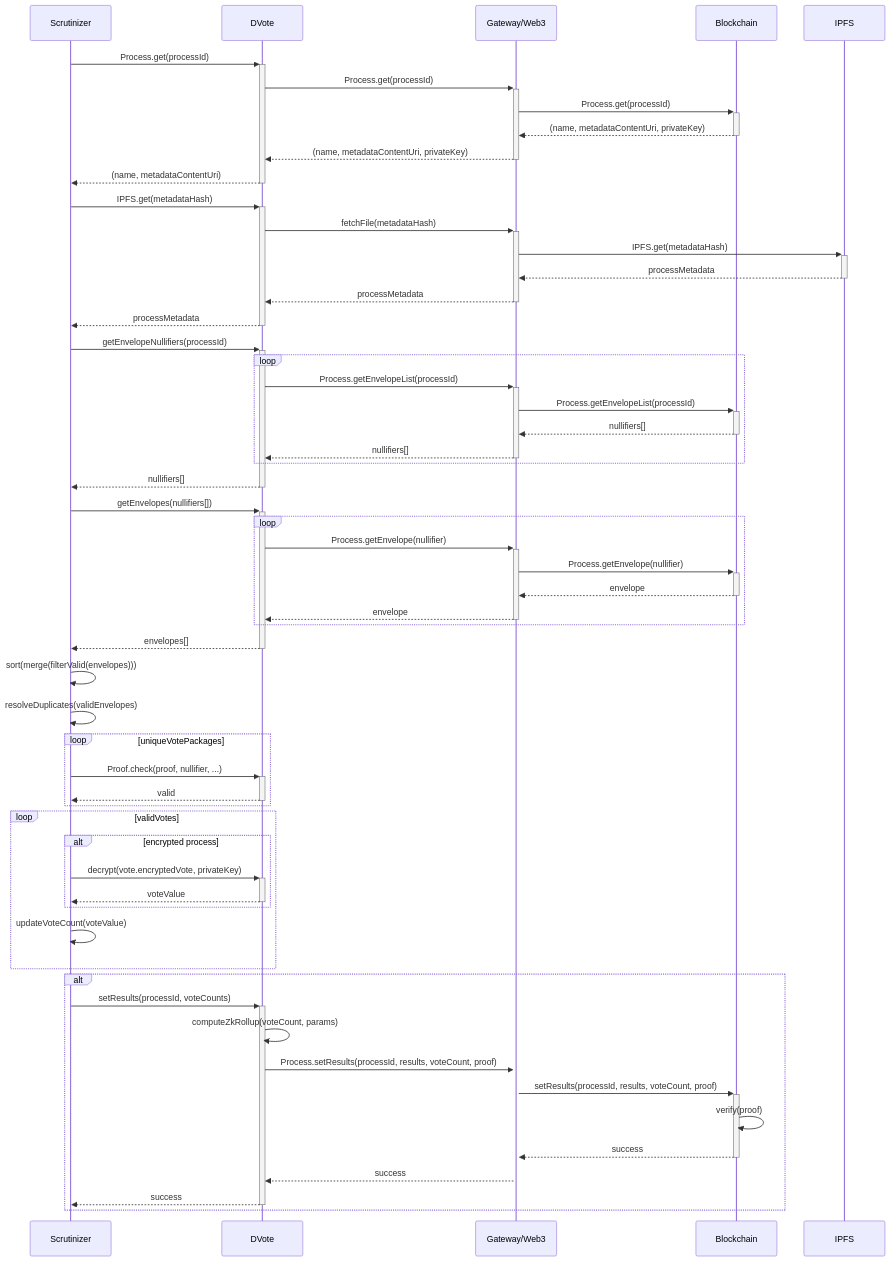
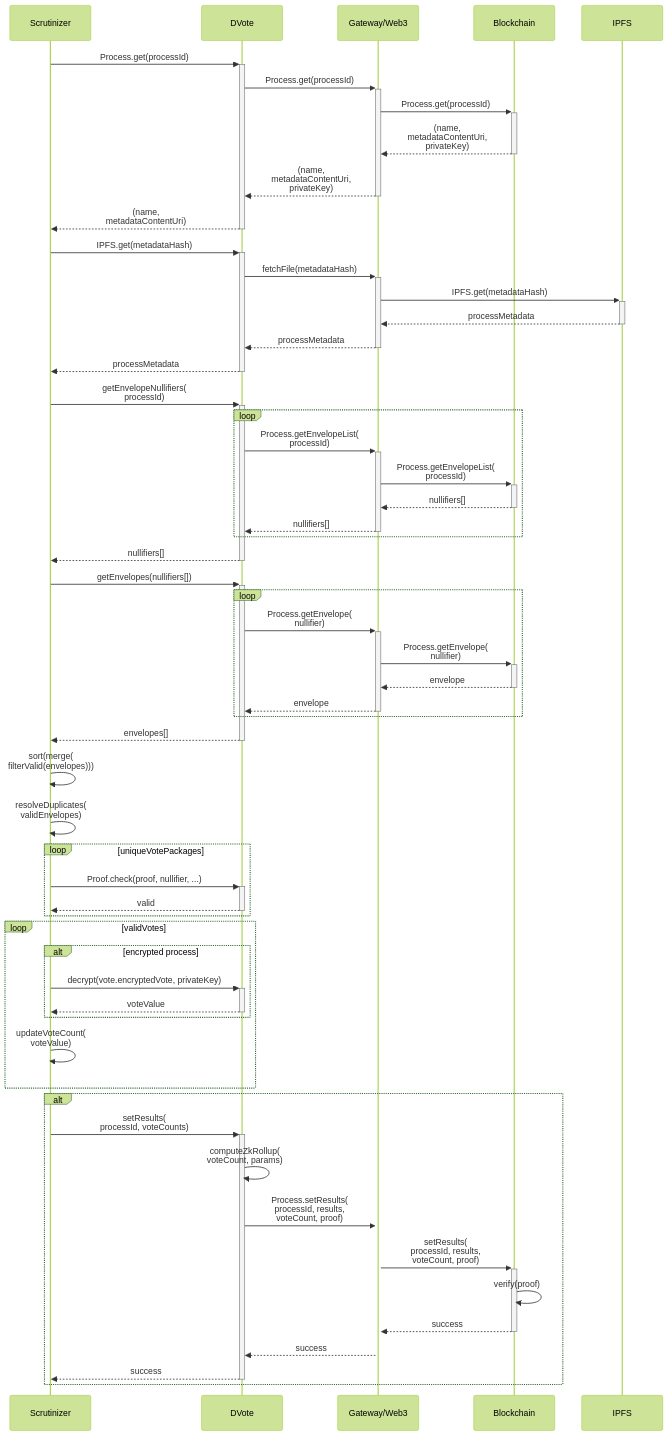
Before and after one commit to vocdoni/docs: the tenth of 10 diagrams in src/architecture/sequence-diagrams.md, drawn with Mermaid. The commit also changed other lines of this file and 1 other file, not shown here.

Commit message:
Improve mermaid sequence diagrams

````diff
--- a/src/architecture/sequence-diagrams.md
+++ b/src/architecture/sequence-diagrams.md
@@ -370,78 +376,79 @@
 ```mermaid
+%%{init: {'theme':'forest'}}%%
 sequenceDiagram
     participant SC as Scrutinizer
     participant DV as DVote
     participant GW as Gateway/Web3
     participant BC as Blockchain
     participant IPFS as IPFS
 
     SC->>+DV: Process.get(processId)
 
         DV->>+GW: Process.get(processId)
         GW->>+BC: Process.get(processId)
-        BC-->>-GW: (name, metadataContentUri, privateKey)
-        GW-->>-DV: (name, metadataContentUri, privateKey)
+        BC-->>-GW: (name,<br/> metadataContentUri,<br/> privateKey)
+        GW-->>-DV: (name,<br/> metadataContentUri,<br/> privateKey)
 
-    DV-->>-SC: (name, metadataContentUri)
+    DV-->>-SC: (name,<br/> metadataContentUri)
 
     SC->>+DV: IPFS.get(metadataHash)
 
         DV->>+GW: fetchFile(metadataHash)
         GW->>+IPFS: IPFS.get(metadataHash)
         IPFS-->>-GW: processMetadata
         GW-->>-DV: processMetadata
 
     DV-->>-SC: processMetadata
 
-    SC->>+DV: getEnvelopeNullifiers(processId)
+    SC->>+DV: getEnvelopeNullifiers(<br/>processId)
         loop
-            DV->>+GW: Process.getEnvelopeList(processId)
-                GW->>+BC: Process.getEnvelopeList(processId)
+            DV->>+GW: Process.getEnvelopeList(<br/>processId)
+                GW->>+BC: Process.getEnvelopeList(<br/>processId)
                 BC-->>-GW: nullifiers[]
             GW-->>-DV: nullifiers[]
         end
     DV-->>-SC: nullifiers[]
 
     SC->>+DV: getEnvelopes(nullifiers[])
         loop
-            DV->>+GW: Process.getEnvelope(nullifier)
-                GW->>+BC: Process.getEnvelope(nullifier)
+            DV->>+GW: Process.getEnvelope(<br/>nullifier)
+                GW->>+BC: Process.getEnvelope(<br/>nullifier)
                 BC-->>-GW: envelope
             GW-->>-DV: envelope
         end
     DV-->>-SC: envelopes[]
 
 
-    SC->>SC: sort(merge(filterValid(envelopes)))
-    SC->>SC: resolveDuplicates(validEnvelopes)
+    SC->>SC: sort(merge(<br/>filterValid(envelopes)))
+    SC->>SC: resolveDuplicates(<br/>validEnvelopes)
 
     loop uniqueVotePackages
 
         SC->>+DV: Proof.check(proof, nullifier, ...)
         DV-->>-SC: valid
 
     end
 
     loop validVotes
 
         alt encrypted process
             SC->>+DV: decrypt(vote.encryptedVote, privateKey)
             DV-->>-SC: voteValue
         end
 
-        SC->>SC: updateVoteCount(voteValue)
+        SC->>SC: updateVoteCount(<br/>voteValue)
     end
 
     alt
-        SC->>+DV: setResults(processId, voteCounts)
-            DV->>DV: computeZkRollup(voteCount, params)
+        SC->>+DV: setResults(<br/>processId, voteCounts)
+            DV->>DV: computeZkRollup(<br/>voteCount, params)
 
-            DV->>+GW: Process.setResults(processId, results, voteCount, proof)
-                GW->>+BC: setResults(processId, results, voteCount, proof)
+            DV->>+GW: Process.setResults(<br/>processId, results, <br/>voteCount, proof)
+                GW->>+BC: setResults(<br/>processId, results,<br/> voteCount, proof)
                     BC->>BC: verify(proof)
                 BC-->>-GW: success
             GW-->>DV: success
         DV-->>-SC: success
     end
 
 ```
````
